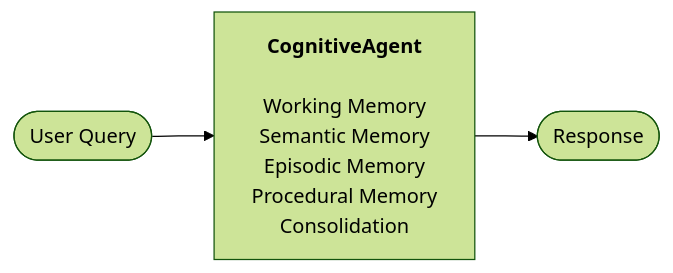
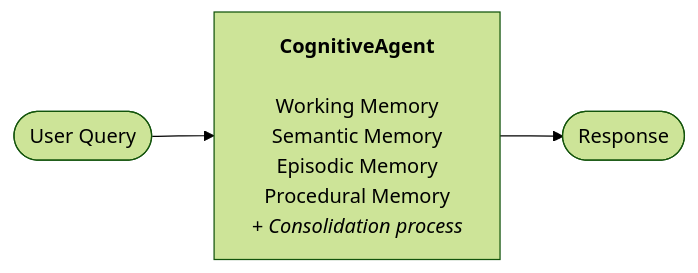
The first of 5 diagrams in ARCHITECTURE.md (apattichis/cognitive-memory-agent), drawn with Mermaid (forest theme) before and after one commit. The commit also changed other lines of this file and 1 other file, not shown here.

First line of the commit message:
docs: clarify neuroscience terminology and consolidation scope

````diff
--- a/ARCHITECTURE.md
+++ b/ARCHITECTURE.md
@@ -7,4 +7,4 @@
 ```mermaid
 flowchart LR
-    A([User Query]) --> B[<b>CognitiveAgent</b><br/><br/>Working Memory<br/>Semantic Memory<br/>Episodic Memory<br/>Procedural Memory<br/>Consolidation] --> C([Response])
+    A([User Query]) --> B[<b>CognitiveAgent</b><br/><br/>Working Memory<br/>Semantic Memory<br/>Episodic Memory<br/>Procedural Memory<br/><i>+ Consolidation process</i>] --> C([Response])
 ```
````
